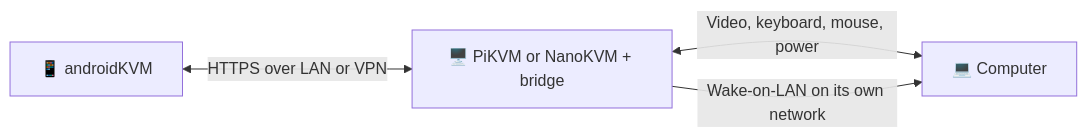
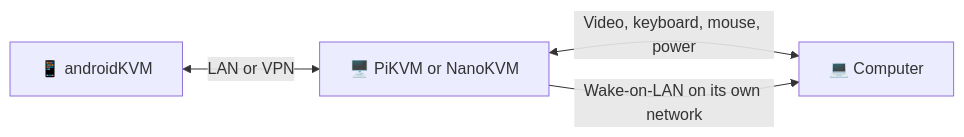
Before and after one commit to Sergi095/androidKVM: the diagram in README.md, drawn with Mermaid. The commit also changed other lines of this file and 22 other files, not shown here.

Commit message:
Add native NanoKVM support and prepare v0.2.0 release

````diff
--- a/README.md
+++ b/README.md
@@ -9,6 +9,6 @@
 ```mermaid
 flowchart LR
-    Phone["📱 androidKVM"] <-->|HTTPS over LAN or VPN| KVM["🖥️ PiKVM or NanoKVM + bridge"]
+    Phone["📱 androidKVM"] <-->|LAN or VPN| KVM["🖥️ PiKVM or NanoKVM"]
     KVM <-->|Video, keyboard, mouse, power| PC["💻 Computer"]
     KVM -->|Wake-on-LAN on its own network| PC
 ```
````
